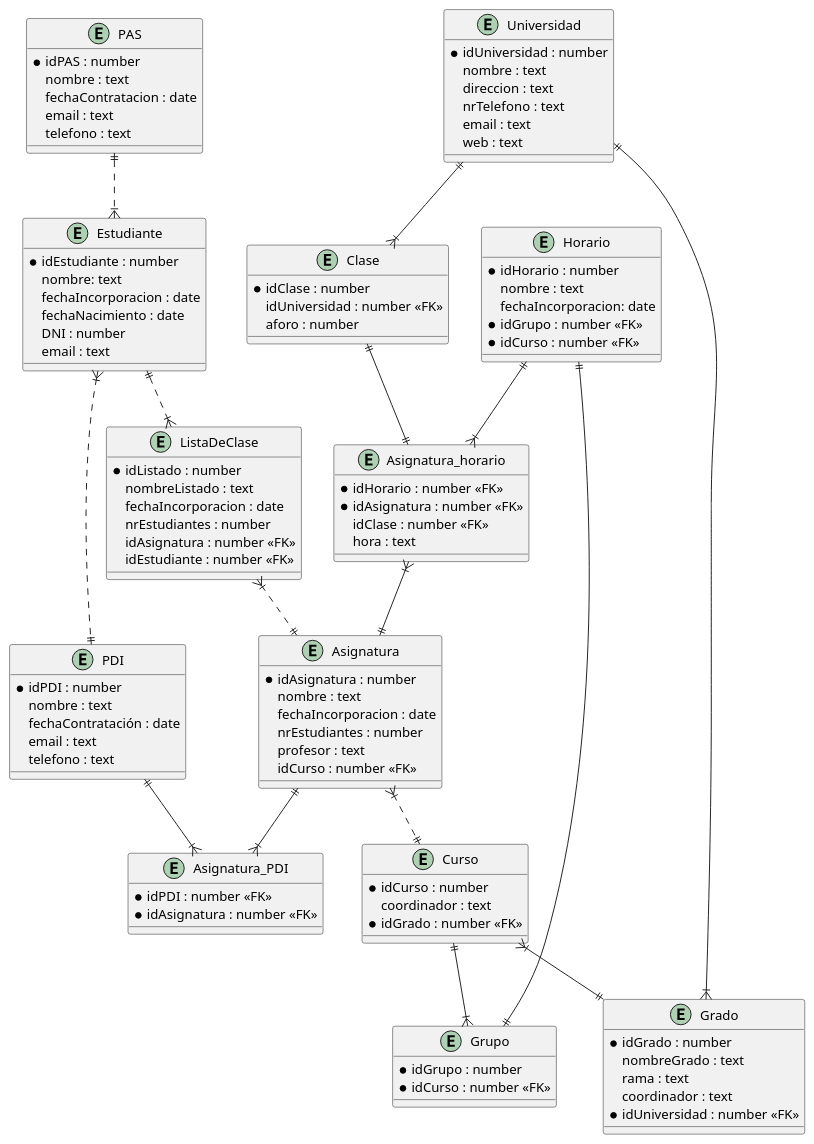
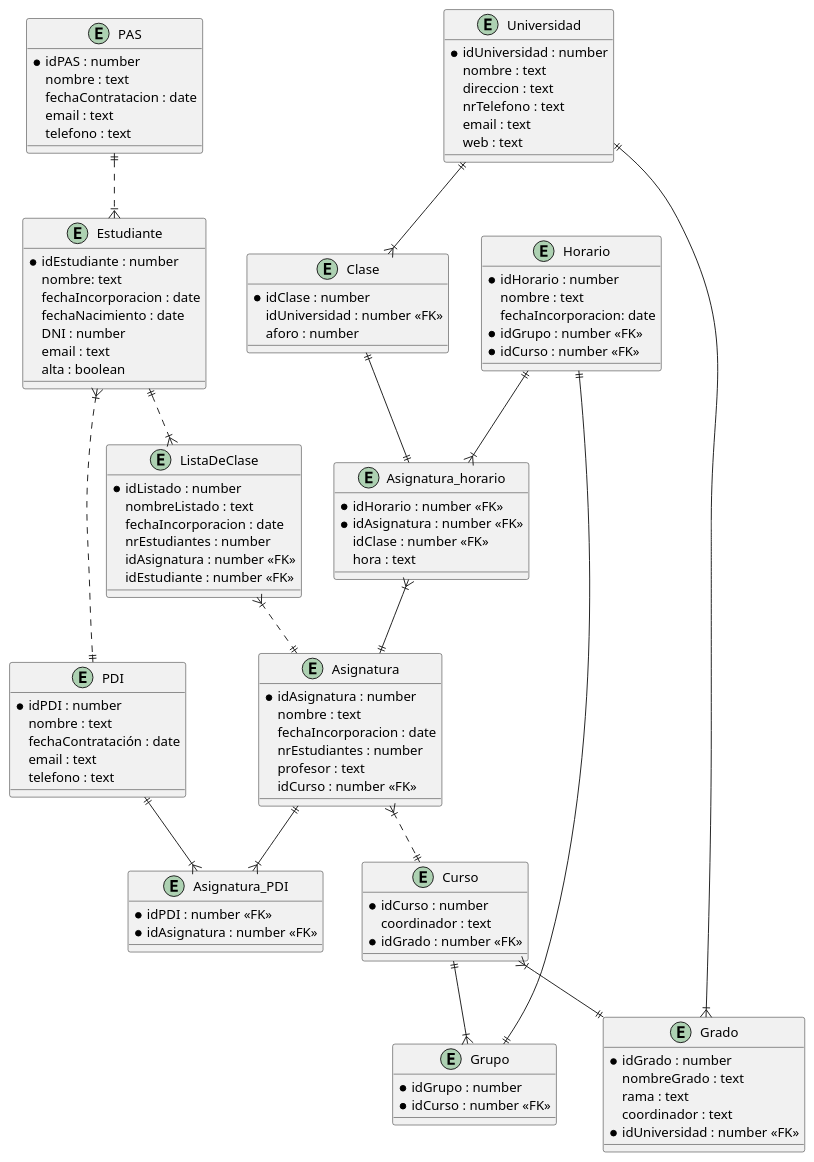
Before and after one commit to it557/INRE-UAL-BLANCO-2022: the diagram in lab1/src/supuesto1E-R.puml, drawn with PlantUML. The commit also changed 2 other files, not shown here.

```diff
--- a/lab1/src/supuesto1E-R.puml
+++ b/lab1/src/supuesto1E-R.puml
@@ -1,143 +1,144 @@
 @startuml supuesto1E-R
 
 entity "Horario" as Horario{
     * idHorario : number
     nombre : text
     fechaIncorporacion: date
     * idGrupo : number <<FK>>
     * idCurso : number <<FK>>
 }
 
 entity "Estudiante" as Estudiante{
     * idEstudiante : number
     nombre: text
     fechaIncorporacion : date
     fechaNacimiento : date
     DNI : number
     email : text
+    alta : boolean
 }
 
 entity "ListaDeClase" as ListaDeClase{
     * idListado : number
     nombreListado : text
     fechaIncorporacion : date
     nrEstudiantes : number
     idAsignatura : number <<FK>>
     idEstudiante : number <<FK>>
 }
 
 entity "Asignatura" as Asignatura{
     * idAsignatura : number
     nombre : text
     fechaIncorporacion : date
     nrEstudiantes : number
     profesor : text
     idCurso : number <<FK>>
 }
 
 entity "PDI" as PDI{
     * idPDI : number
     nombre : text
     fechaContratación : date
     email : text
     telefono : text
 }
 
 entity "PAS" as PAS{
     * idPAS : number
     nombre : text
     fechaContratacion : date
     email : text
     telefono : text
 }
 
 entity "Curso" as Curso{
     * idCurso : number
     coordinador : text
     * idGrado : number <<FK>>
 }
 
 entity "Grupo" as Grupo{
     * idGrupo : number
     * idCurso : number <<FK>>
 }
 
 entity "Grado" as Grado{
     * idGrado : number
     nombreGrado : text
     rama : text
     coordinador : text
     * idUniversidad : number <<FK>>
 }
 
 entity "Universidad" as Universidad{
     * idUniversidad : number
     nombre : text
     direccion : text
     nrTelefono : text
     email : text
     web : text
 }
 
 entity "Asignatura_horario" as AsHor{
     * idHorario : number <<FK>>
     * idAsignatura : number <<FK>>
     idClase : number <<FK>>
     hora : text
 }
 
 entity "Clase" as Clase{
     * idClase : number
     idUniversidad : number <<FK>>
     aforo : number
 }
 
 entity "Asignatura_PDI" as AsPDI{
     * idPDI : number <<FK>>
     * idAsignatura : number <<FK>>
 }
 
 PAS ||..|{ Estudiante
 Estudiante }|..|| PDI
 
 Estudiante ||..|{ ListaDeClase
 ListaDeClase }|..|| Asignatura
 
 Asignatura }|..|| Curso
 
 Curso }|--|| Grado
 
 Universidad ||--|{ Grado
 
 Curso ||--|{ Grupo
 
 Grupo ||--|| Horario
 
 Horario ||--|{ AsHor
 AsHor }|--|| Asignatura
 
 Universidad ||--|{ Clase
 Clase ||--|| AsHor
 
 Asignatura ||--|{ AsPDI
 PDI ||--|{ AsPDI
 
 
 
 
 
 
 
 
 
 
 
 
 
 
 
 
 
 
 
 @enduml
```
